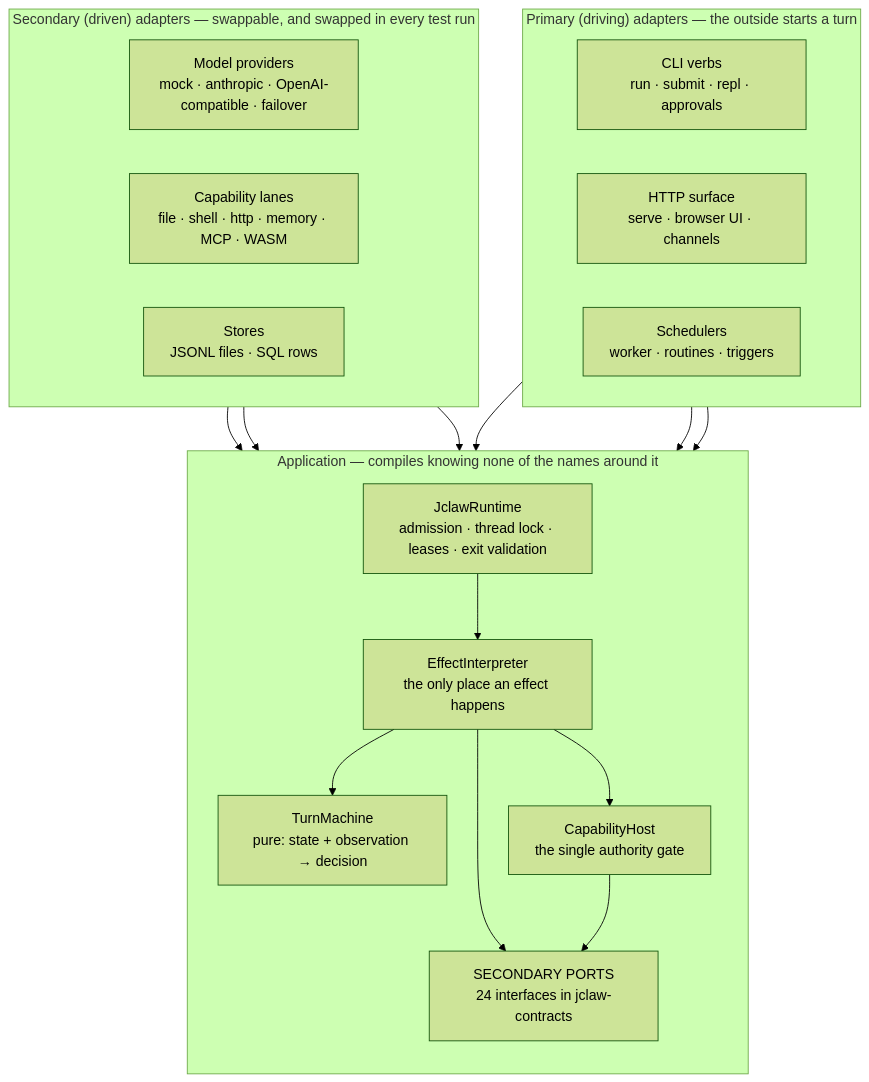
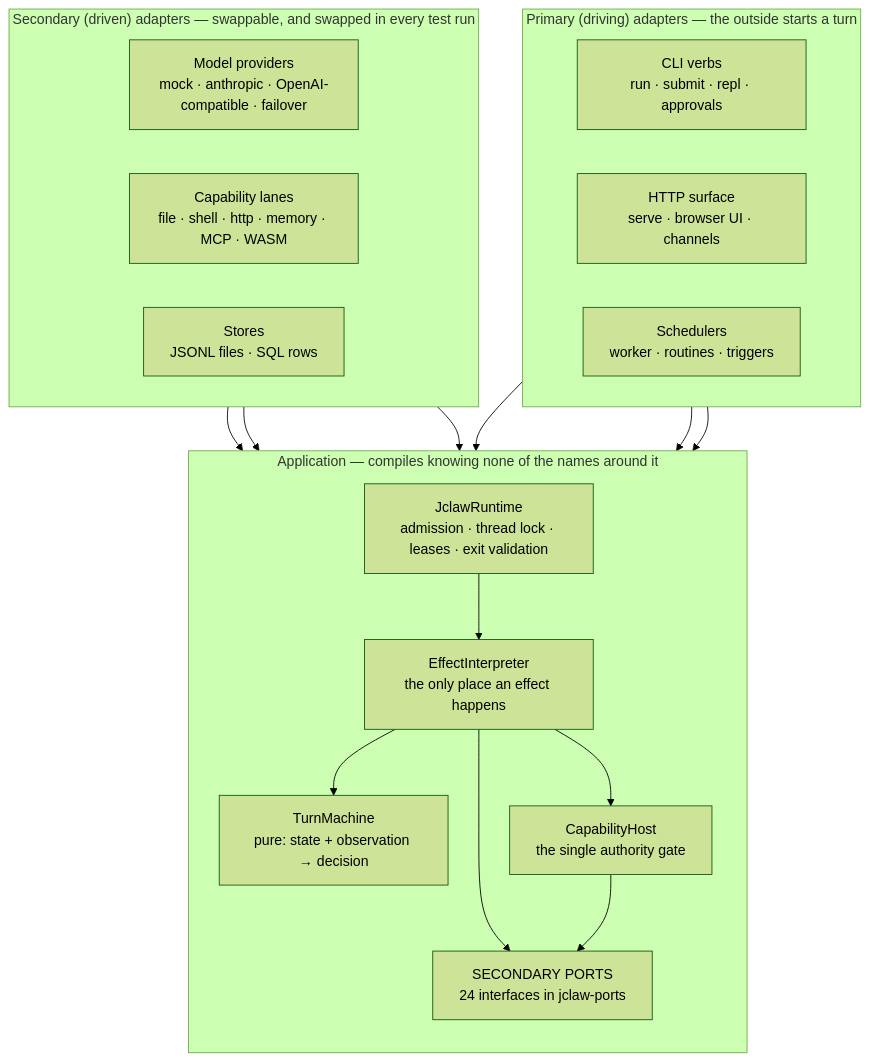
The first of 6 diagrams in ARCH.md (dgreco/jclaw), drawn with Mermaid (forest theme) before and after one commit. The commit also changed other lines of this file and 623 other files, not shown here.

````diff
--- a/ARCH.md
+++ b/ARCH.md
@@ -150,37 +164,37 @@
 ```mermaid
 flowchart TB
     subgraph DRIVING["Primary (driving) adapters — the outside starts a turn"]
         direction LR
         CLI["CLI verbs<br/>run · submit · repl · approvals"]
         HTTP["HTTP surface<br/>serve · browser UI · channels"]
         SCHED["Schedulers<br/>worker · routines · triggers"]
     end
 
     subgraph INSIDE["Application — compiles knowing none of the names around it"]
         direction TB
         RT["JclawRuntime<br/>admission · thread lock · leases · exit validation"]
         INTERP["EffectInterpreter<br/>the only place an effect happens"]
         MACHINE["TurnMachine<br/>pure: state + observation → decision"]
         HOST["CapabilityHost<br/>the single authority gate"]
-        PORTS["SECONDARY PORTS<br/>24 interfaces in jclaw-contracts"]
+        PORTS["SECONDARY PORTS<br/>24 interfaces in jclaw-ports"]
     end
 
     subgraph DRIVEN["Secondary (driven) adapters — swappable, and swapped in every test run"]
         direction LR
         PROV["Model providers<br/>mock · anthropic · OpenAI-compatible · failover"]
         LANES["Capability lanes<br/>file · shell · http · memory · MCP · WASM"]
         STORES["Stores<br/>JSONL files · SQL rows"]
     end
 
     CLI --> RT
     HTTP --> RT
     SCHED --> RT
     RT --> INTERP
     INTERP --> MACHINE
     INTERP --> HOST
     INTERP --> PORTS
     HOST --> PORTS
     PROV --> PORTS
     LANES --> PORTS
     STORES --> PORTS
 ```
````
